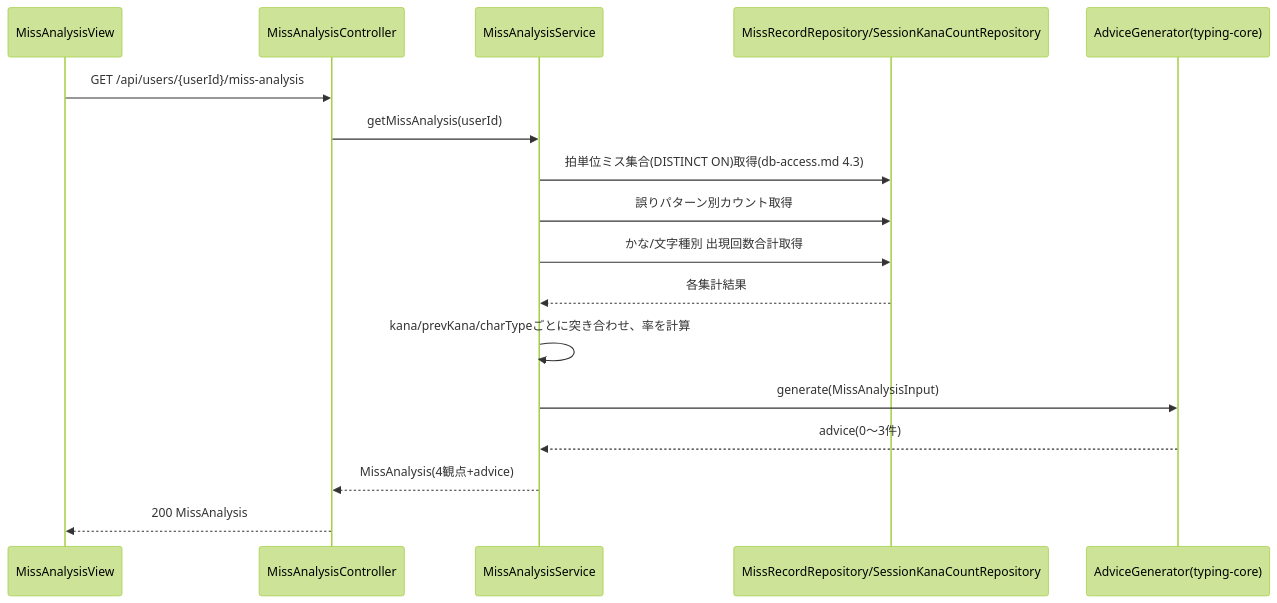
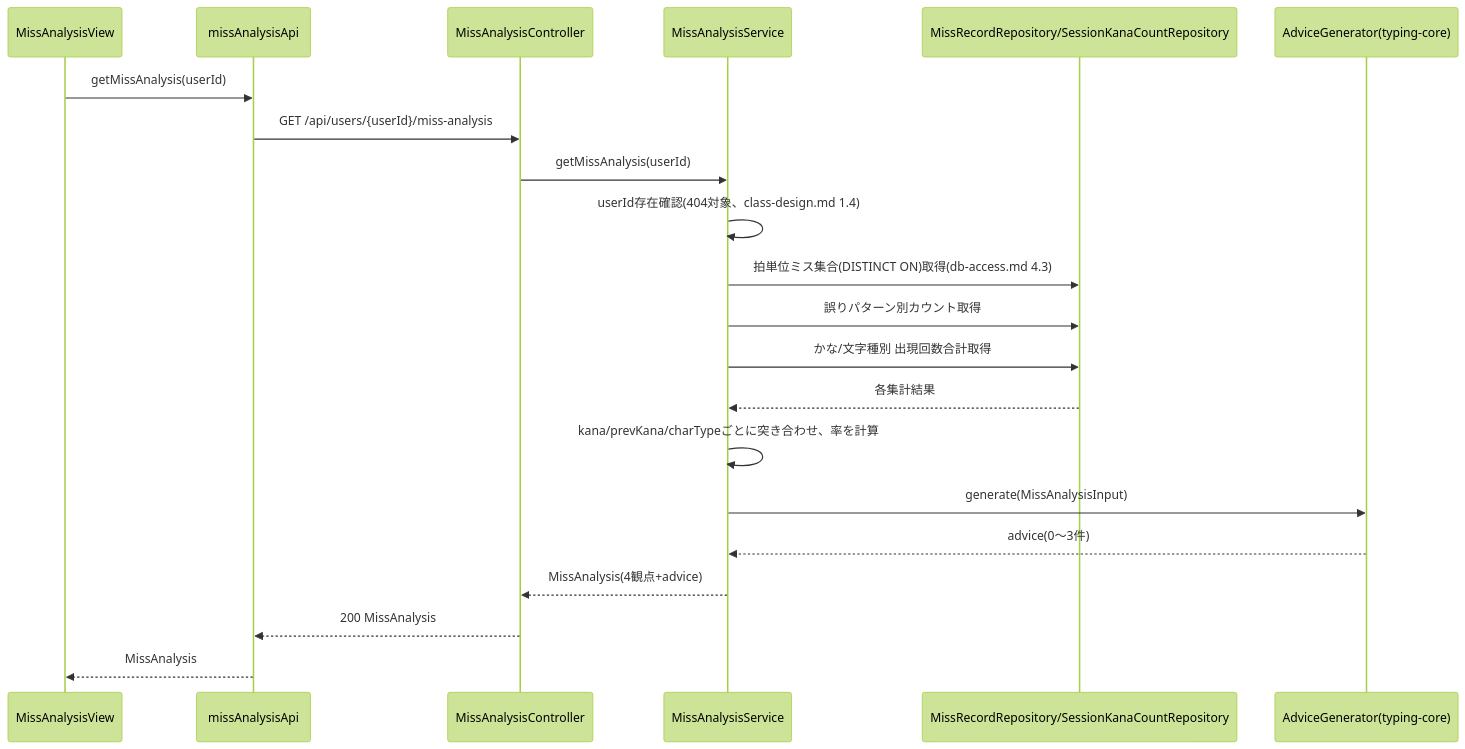
One commit to jelly1128/typing-app changed the fourth of 7 diagrams in docs/30_detail-design/sequence.md. Above: the diagram before and after it, drawn with Mermaid (forest theme). The commit also changed other lines of this file and 22 other files, not shown here.

````diff
--- a/docs/30_detail-design/sequence.md
+++ b/docs/30_detail-design/sequence.md
@@ -94,20 +100,24 @@
 ```mermaid
 sequenceDiagram
     participant View as MissAnalysisView
+    participant Api as missAnalysisApi
     participant Ctrl as MissAnalysisController
     participant Svc as MissAnalysisService
     participant Repo as MissRecordRepository/SessionKanaCountRepository
     participant Advice as AdviceGenerator(typing-core)
 
-    View->>Ctrl: GET /api/users/{userId}/miss-analysis
+    View->>Api: getMissAnalysis(userId)
+    Api->>Ctrl: GET /api/users/{userId}/miss-analysis
     Ctrl->>Svc: getMissAnalysis(userId)
+    Svc->>Svc: userId存在確認(404対象、class-design.md 1.4)
     Svc->>Repo: 拍単位ミス集合(DISTINCT ON)取得(db-access.md 4.3)
     Svc->>Repo: 誤りパターン別カウント取得
     Svc->>Repo: かな/文字種別 出現回数合計取得
     Repo-->>Svc: 各集計結果
     Svc->>Svc: kana/prevKana/charTypeごとに突き合わせ、率を計算
     Svc->>Advice: generate(MissAnalysisInput)
     Advice-->>Svc: advice(0〜3件)
     Svc-->>Ctrl: MissAnalysis(4観点+advice)
-    Ctrl-->>View: 200 MissAnalysis
+    Ctrl-->>Api: 200 MissAnalysis
+    Api-->>View: MissAnalysis
 ```
````
